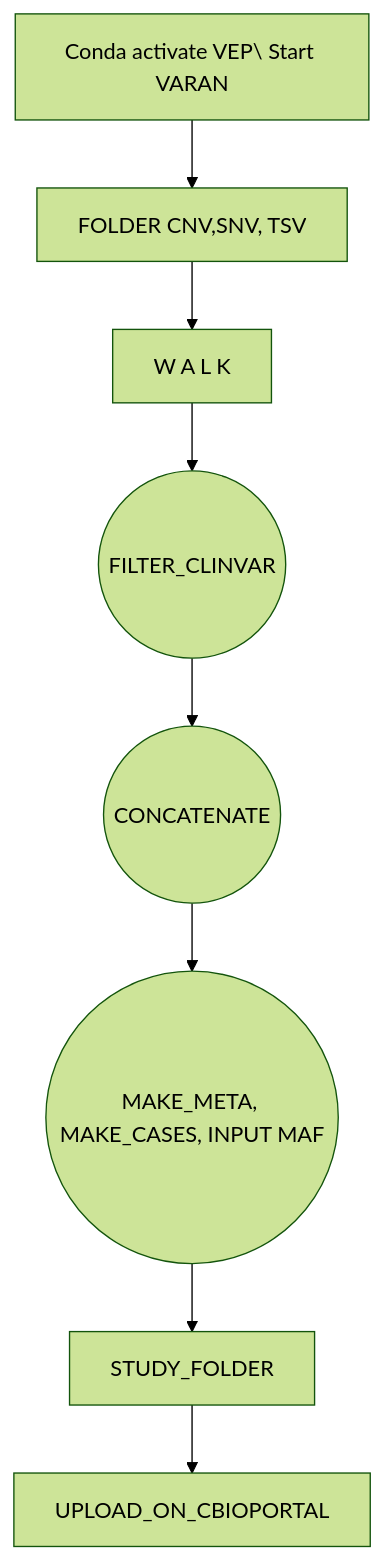
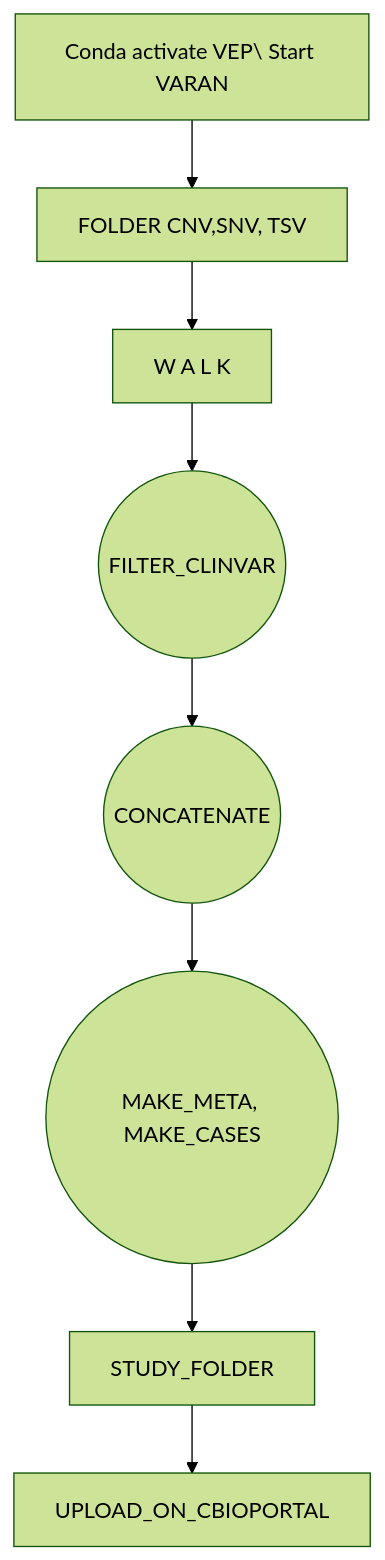
The first of 2 diagrams in README.md (bioinformatics-policlinicogemelli/Varan-Release), drawn with Mermaid (forest theme) before and after one commit.

Commit message:
Update README.md
rimozione input nel grafico workflow

````diff
--- a/README.md
+++ b/README.md
@@ -90,10 +90,10 @@
 ```mermaid
 flowchart  TD
 A[Conda activate VEP\ Start VARAN]  --> B[FOLDER CNV,SNV, TSV]
 B -->  C[W A L K] 
 C --> D((FILTER_CLINVAR))
 D((FILTER_CLINVAR)) --> E((CONCATENATE)) 
-E((CONCATENATE)) --> F((MAKE_META, MAKE_CASES, INPUT MAF))
+E((CONCATENATE)) --> F((MAKE_META, MAKE_CASES))
  F --> U[STUDY_FOLDER]
 U --> G[UPLOAD_ON_CBIOPORTAL]
 ```
````
